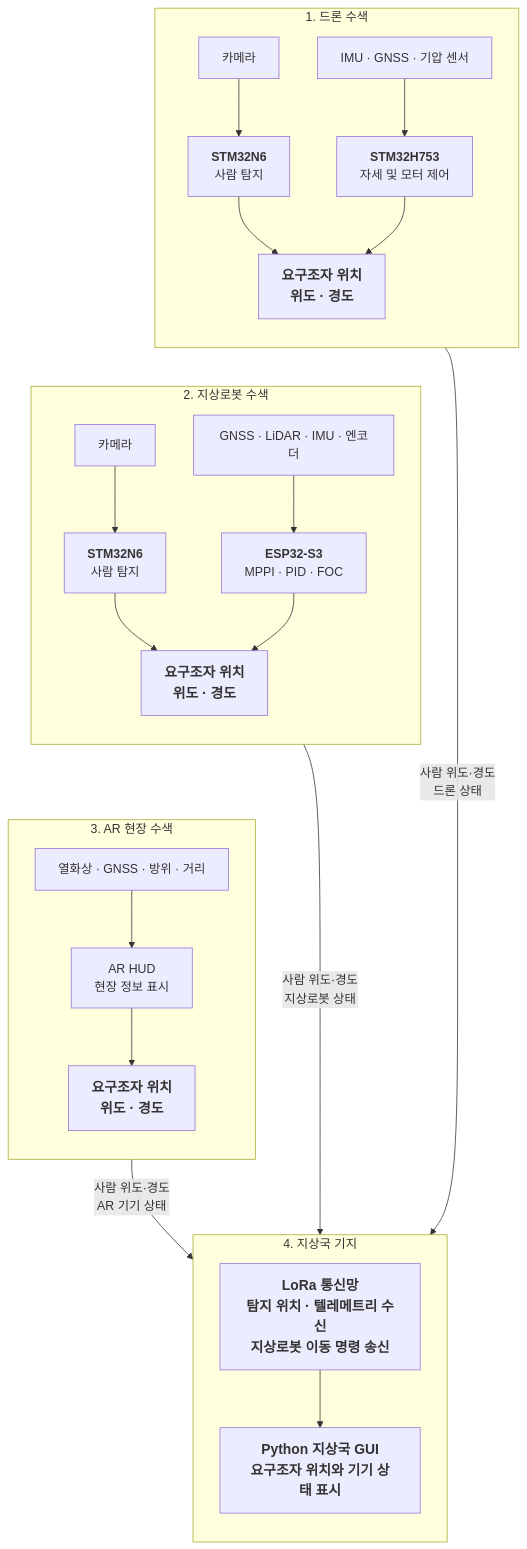
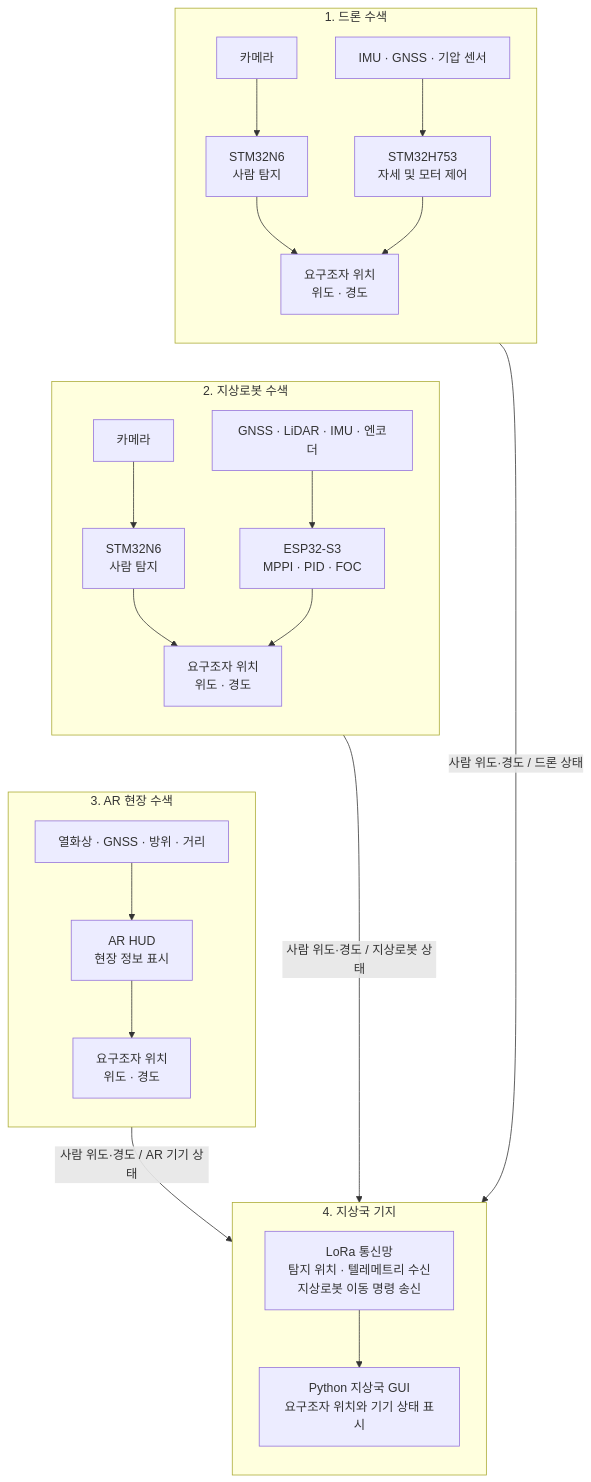
One commit to thdtjdgur/26_HC238 changed the diagram in README.md. Above: the diagram before and after it, drawn with Mermaid.

Commit message:
docs: use GitHub-compatible Mermaid labels

````diff
--- a/README.md
+++ b/README.md
@@ -96,40 +96,37 @@
 ```mermaid
 flowchart TB
-    subgraph UAV["1. 드론 수색"]
+    subgraph UAV[1. 드론 수색]
         direction TB
-        U_CAM["카메라"] --> U_AI["<b>STM32N6</b><br/>사람 탐지"]
-        U_SENSOR["IMU · GNSS · 기압 센서"] --> U_CTRL["<b>STM32H753</b><br/>자세 및 모터 제어"]
-        U_AI --> U_POS["<b>요구조자 위치</b><br/>위도 · 경도"]
+        U_CAM[카메라] --> U_AI[STM32N6<br>사람 탐지]
+        U_SENSOR[IMU · GNSS · 기압 센서] --> U_CTRL[STM32H753<br>자세 및 모터 제어]
+        U_AI --> U_POS[요구조자 위치<br>위도 · 경도]
         U_CTRL --> U_POS
     end
 
-    subgraph UGV["2. 지상로봇 수색"]
+    subgraph UGV[2. 지상로봇 수색]
         direction TB
-        G_CAM["카메라"] --> G_AI["<b>STM32N6</b><br/>사람 탐지"]
-        G_SENSOR["GNSS · LiDAR · IMU · 엔코더"] --> G_CTRL["<b>ESP32-S3</b><br/>MPPI · PID · FOC"]
-        G_AI --> G_POS["<b>요구조자 위치</b><br/>위도 · 경도"]
+        G_CAM[카메라] --> G_AI[STM32N6<br>사람 탐지]
+        G_SENSOR[GNSS · LiDAR · IMU · 엔코더] --> G_CTRL[ESP32-S3<br>MPPI · PID · FOC]
+        G_AI --> G_POS[요구조자 위치<br>위도 · 경도]
         G_CTRL --> G_POS
     end
 
-    subgraph AR["3. AR 현장 수색"]
+    subgraph AR[3. AR 현장 수색]
         direction TB
-        A_SENSOR["열화상 · GNSS · 방위 · 거리"] --> A_HUD["AR HUD<br/>현장 정보 표시"]
-        A_HUD --> A_POS["<b>요구조자 위치</b><br/>위도 · 경도"]
+        A_SENSOR[열화상 · GNSS · 방위 · 거리] --> A_HUD[AR HUD<br>현장 정보 표시]
+        A_HUD --> A_POS[요구조자 위치<br>위도 · 경도]
     end
 
-    subgraph BASE["4. 지상국 기지"]
+    subgraph BASE[4. 지상국 기지]
         direction TB
-        LORA["<b>LoRa 통신망</b><br/>탐지 위치 · 텔레메트리 수신<br/>지상로봇 이동 명령 송신"]
-        LORA --> GUI["<b>Python 지상국 GUI</b><br/>요구조자 위치와 기기 상태 표시"]
+        LORA[LoRa 통신망<br>탐지 위치 · 텔레메트리 수신<br>지상로봇 이동 명령 송신]
+        LORA --> GUI[Python 지상국 GUI<br>요구조자 위치와 기기 상태 표시]
     end
 
-    U_POS -->|"사람 위도·경도<br/>드론 상태"| LORA
-    G_POS -->|"사람 위도·경도<br/>지상로봇 상태"| LORA
-    A_POS -->|"사람 위도·경도<br/>AR 기기 상태"| LORA
+    U_POS -->|사람 위도·경도 / 드론 상태| LORA
+    G_POS -->|사람 위도·경도 / 지상로봇 상태| LORA
+    A_POS -->|사람 위도·경도 / AR 기기 상태| LORA
 
     U_POS ~~~ G_CAM
     G_POS ~~~ A_SENSOR
-
-    classDef emphasis font-size:18px,font-weight:bold;
-    class U_POS,G_POS,A_POS,LORA,GUI emphasis;
 ```
````
